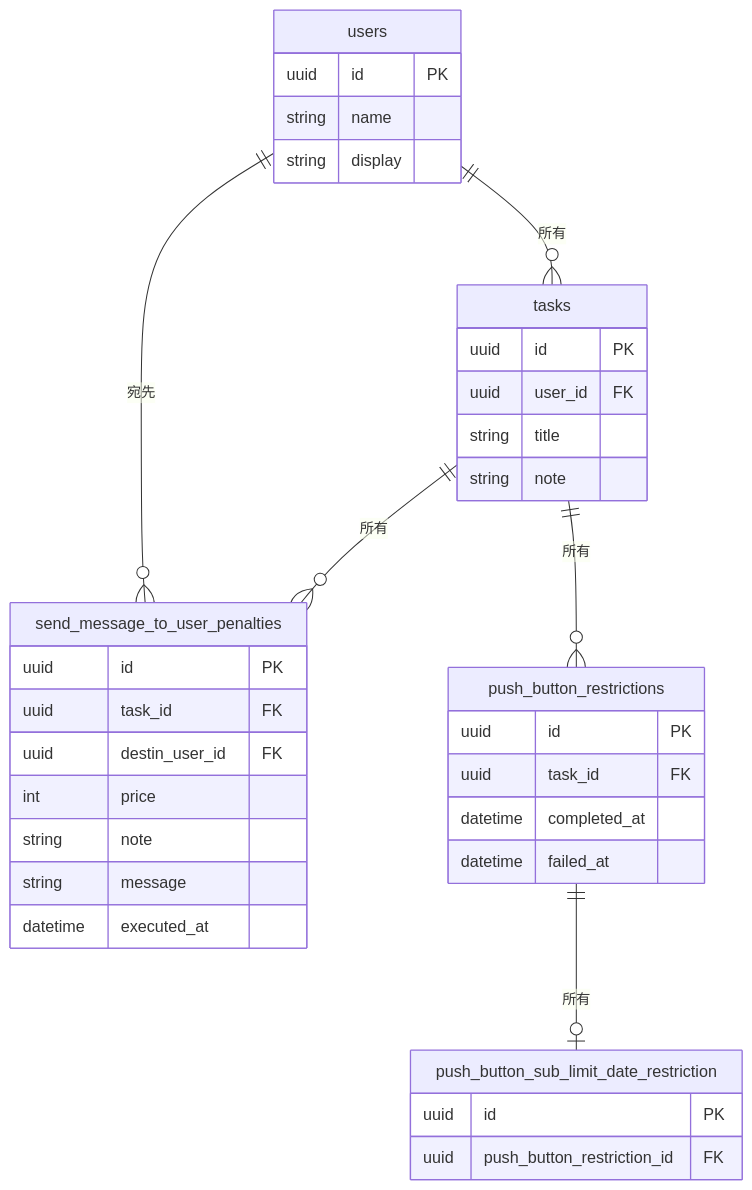
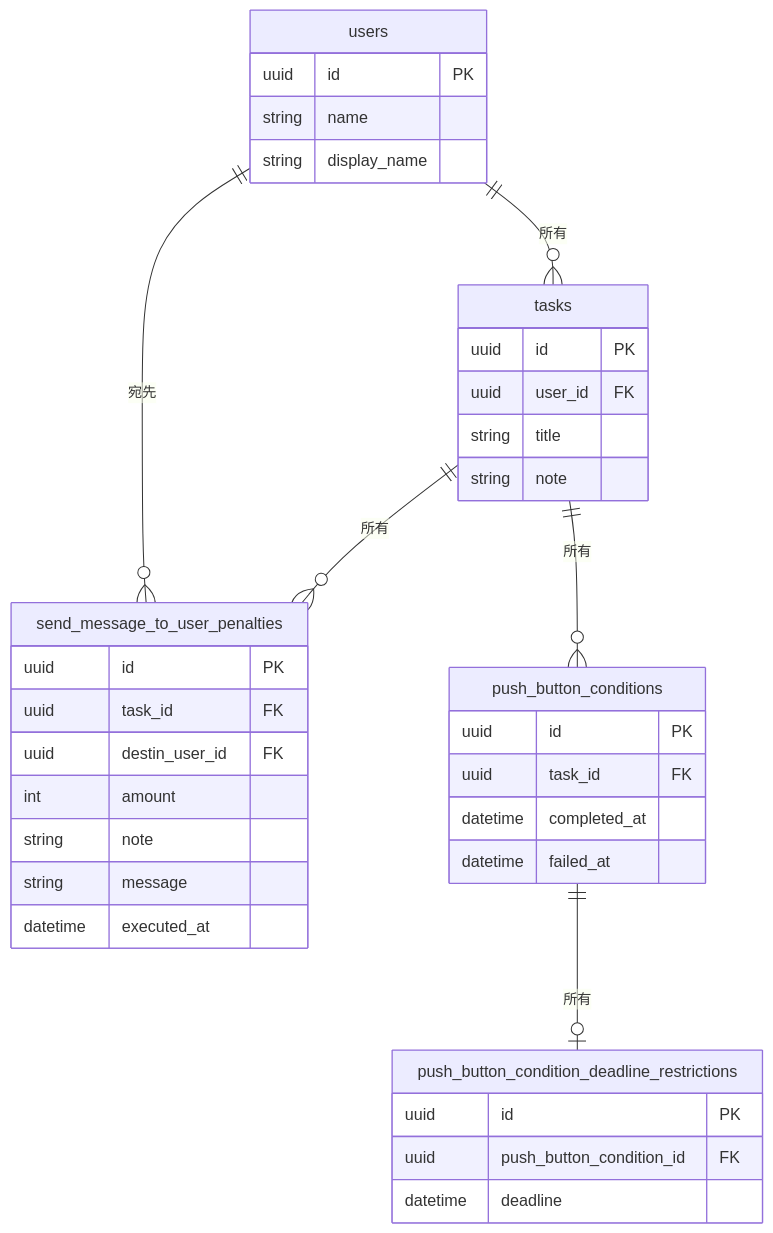
The diagram in api/README.md (shoto-kai/Promise-Executioner), drawn with Mermaid before and after one commit. The commit also changed 1 other file, not shown here.

Commit message:
ユビキタス言語の定義

````diff
--- a/api/README.md
+++ b/api/README.md
@@ -44,44 +44,45 @@
 ```mermaid
 erDiagram
 
     users {
         uuid id PK
         string name
-        string display
+        string display_name
     }
 
     tasks {
         uuid id PK
         uuid user_id FK
         string title
         string note
     }
     users ||--o{ tasks: "所有"
     
     send_message_to_user_penalties {
         uuid id PK
         uuid task_id FK
         uuid destin_user_id FK
-        int price
+        int amount
         string note
         string message
         datetime executed_at
     }
     tasks ||--o{ send_message_to_user_penalties: "所有"
     users ||--o{ send_message_to_user_penalties: "宛先"
 
-    push_button_restrictions {
+    push_button_conditions {
         uuid id PK
         uuid task_id FK
         datetime completed_at
         datetime failed_at
     }
-    tasks ||--o{ push_button_restrictions: "所有"
+    tasks ||--o{ push_button_conditions: "所有"
 
-    push_button_sub_limit_date_restriction {
+    push_button_condition_deadline_restrictions {
         uuid id PK
-        uuid push_button_restriction_id FK
+        uuid push_button_condition_id FK
+        datetime deadline
     }
 
-    push_button_restrictions ||--o|push_button_sub_limit_date_restriction: "所有"
+    push_button_conditions ||--o| push_button_condition_deadline_restrictions: "所有"
 ```
````
